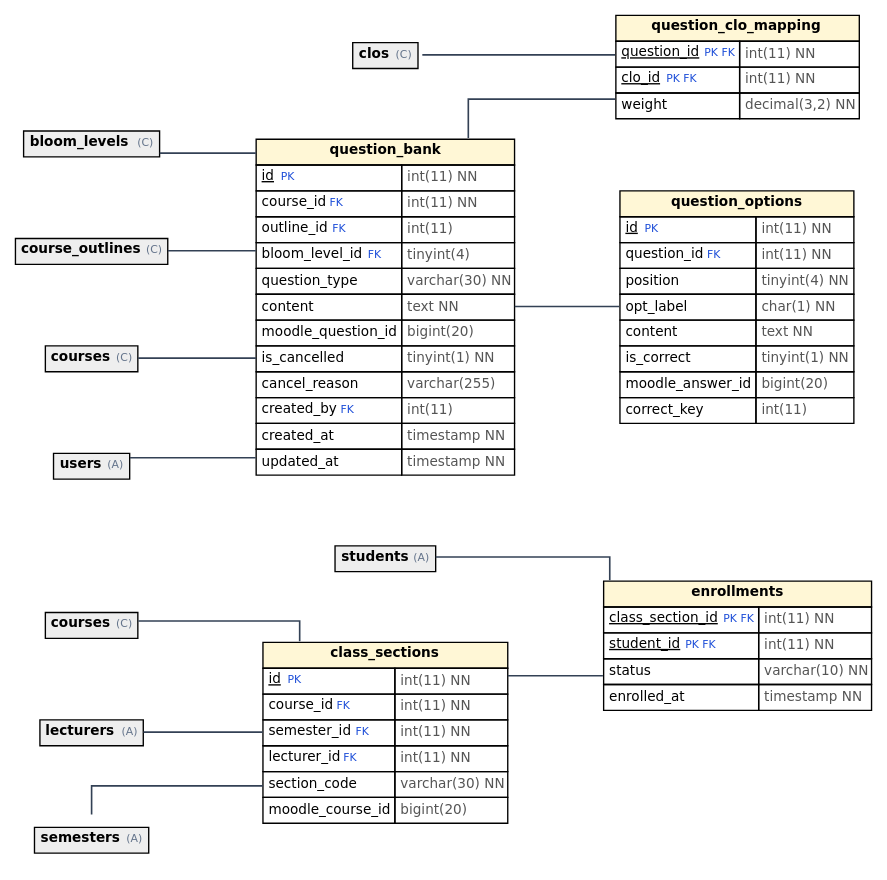
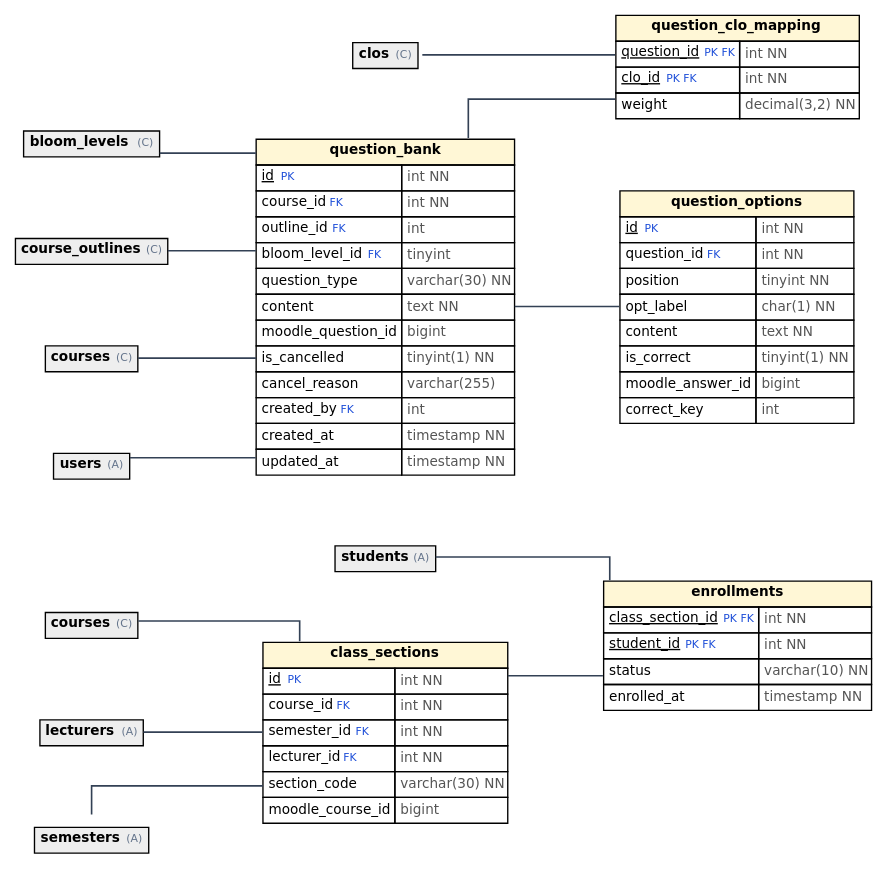
The diagram in docs/diagrams/erd_E.dot (NguyenTanYen/TLCN), drawn with Graphviz before and after one commit. The commit also changed 100 other files, not shown here.

```diff
--- a/docs/diagrams/erd_E.dot
+++ b/docs/diagrams/erd_E.dot
@@ -1,10 +1,10 @@
 digraph G { rankdir=LR; graph [fontname="DejaVu Sans", splines=ortho, nodesep=0.6, ranksep=0.9 ];
 node [shape=none, margin=0, fontname="DejaVu Sans", fontsize=10]; edge [color="#334155", penwidth=1.2, dir=none];
-"class_sections" [label=<<table border="0" cellborder="1" cellspacing="0" cellpadding="3"><tr><td bgcolor="#FFF7D6" colspan="2"><b>class_sections</b></td></tr><tr><td align="left" port="id"><u>id</u> <font color="#1d4ed8" point-size="8">PK</font></td><td align="left"><font color="#555555">int(11) NN</font></td></tr><tr><td align="left" port="course_id">course_id <font color="#1d4ed8" point-size="8">FK</font></td><td align="left"><font color="#555555">int(11) NN</font></td></tr><tr><td align="left" port="semester_id">semester_id <font color="#1d4ed8" point-size="8">FK</font></td><td align="left"><font color="#555555">int(11) NN</font></td></tr><tr><td align="left" port="lecturer_id">lecturer_id <font color="#1d4ed8" point-size="8">FK</font></td><td align="left"><font color="#555555">int(11) NN</font></td></tr><tr><td align="left" port="section_code">section_code</td><td align="left"><font color="#555555">varchar(30) NN</font></td></tr><tr><td align="left" port="moodle_course_id">moodle_course_id</td><td align="left"><font color="#555555">bigint(20)</font></td></tr></table>>];
-"enrollments" [label=<<table border="0" cellborder="1" cellspacing="0" cellpadding="3"><tr><td bgcolor="#FFF7D6" colspan="2"><b>enrollments</b></td></tr><tr><td align="left" port="class_section_id"><u>class_section_id</u> <font color="#1d4ed8" point-size="8">PK FK</font></td><td align="left"><font color="#555555">int(11) NN</font></td></tr><tr><td align="left" port="student_id"><u>student_id</u> <font color="#1d4ed8" point-size="8">PK FK</font></td><td align="left"><font color="#555555">int(11) NN</font></td></tr><tr><td align="left" port="status">status</td><td align="left"><font color="#555555">varchar(10) NN</font></td></tr><tr><td align="left" port="enrolled_at">enrolled_at</td><td align="left"><font color="#555555">timestamp NN</font></td></tr></table>>];
-"question_bank" [label=<<table border="0" cellborder="1" cellspacing="0" cellpadding="3"><tr><td bgcolor="#FFF7D6" colspan="2"><b>question_bank</b></td></tr><tr><td align="left" port="id"><u>id</u> <font color="#1d4ed8" point-size="8">PK</font></td><td align="left"><font color="#555555">int(11) NN</font></td></tr><tr><td align="left" port="course_id">course_id <font color="#1d4ed8" point-size="8">FK</font></td><td align="left"><font color="#555555">int(11) NN</font></td></tr><tr><td align="left" port="outline_id">outline_id <font color="#1d4ed8" point-size="8">FK</font></td><td align="left"><font color="#555555">int(11)</font></td></tr><tr><td align="left" port="bloom_level_id">bloom_level_id <font color="#1d4ed8" point-size="8">FK</font></td><td align="left"><font color="#555555">tinyint(4)</font></td></tr><tr><td align="left" port="question_type">question_type</td><td align="left"><font color="#555555">varchar(30) NN</font></td></tr><tr><td align="left" port="content">content</td><td align="left"><font color="#555555">text NN</font></td></tr><tr><td align="left" port="moodle_question_id">moodle_question_id</td><td align="left"><font color="#555555">bigint(20)</font></td></tr><tr><td align="left" port="is_cancelled">is_cancelled</td><td align="left"><font color="#555555">tinyint(1) NN</font></td></tr><tr><td align="left" port="cancel_reason">cancel_reason</td><td align="left"><font color="#555555">varchar(255)</font></td></tr><tr><td align="left" port="created_by">created_by <font color="#1d4ed8" point-size="8">FK</font></td><td align="left"><font color="#555555">int(11)</font></td></tr><tr><td align="left" port="created_at">created_at</td><td align="left"><font color="#555555">timestamp NN</font></td></tr><tr><td align="left" port="updated_at">updated_at</td><td align="left"><font color="#555555">timestamp NN</font></td></tr></table>>];
-"question_options" [label=<<table border="0" cellborder="1" cellspacing="0" cellpadding="3"><tr><td bgcolor="#FFF7D6" colspan="2"><b>question_options</b></td></tr><tr><td align="left" port="id"><u>id</u> <font color="#1d4ed8" point-size="8">PK</font></td><td align="left"><font color="#555555">int(11) NN</font></td></tr><tr><td align="left" port="question_id">question_id <font color="#1d4ed8" point-size="8">FK</font></td><td align="left"><font color="#555555">int(11) NN</font></td></tr><tr><td align="left" port="position">position</td><td align="left"><font color="#555555">tinyint(4) NN</font></td></tr><tr><td align="left" port="opt_label">opt_label</td><td align="left"><font color="#555555">char(1) NN</font></td></tr><tr><td align="left" port="content">content</td><td align="left"><font color="#555555">text NN</font></td></tr><tr><td align="left" port="is_correct">is_correct</td><td align="left"><font color="#555555">tinyint(1) NN</font></td></tr><tr><td align="left" port="moodle_answer_id">moodle_answer_id</td><td align="left"><font color="#555555">bigint(20)</font></td></tr><tr><td align="left" port="correct_key">correct_key</td><td align="left"><font color="#555555">int(11)</font></td></tr></table>>];
-"question_clo_mapping" [label=<<table border="0" cellborder="1" cellspacing="0" cellpadding="3"><tr><td bgcolor="#FFF7D6" colspan="2"><b>question_clo_mapping</b></td></tr><tr><td align="left" port="question_id"><u>question_id</u> <font color="#1d4ed8" point-size="8">PK FK</font></td><td align="left"><font color="#555555">int(11) NN</font></td></tr><tr><td align="left" port="clo_id"><u>clo_id</u> <font color="#1d4ed8" point-size="8">PK FK</font></td><td align="left"><font color="#555555">int(11) NN</font></td></tr><tr><td align="left" port="weight">weight</td><td align="left"><font color="#555555">decimal(3,2) NN</font></td></tr></table>>];
+"class_sections" [label=<<table border="0" cellborder="1" cellspacing="0" cellpadding="3"><tr><td bgcolor="#FFF7D6" colspan="2"><b>class_sections</b></td></tr><tr><td align="left" port="id"><u>id</u> <font color="#1d4ed8" point-size="8">PK</font></td><td align="left"><font color="#555555">int NN</font></td></tr><tr><td align="left" port="course_id">course_id <font color="#1d4ed8" point-size="8">FK</font></td><td align="left"><font color="#555555">int NN</font></td></tr><tr><td align="left" port="semester_id">semester_id <font color="#1d4ed8" point-size="8">FK</font></td><td align="left"><font color="#555555">int NN</font></td></tr><tr><td align="left" port="lecturer_id">lecturer_id <font color="#1d4ed8" point-size="8">FK</font></td><td align="left"><font color="#555555">int NN</font></td></tr><tr><td align="left" port="section_code">section_code</td><td align="left"><font color="#555555">varchar(30) NN</font></td></tr><tr><td align="left" port="moodle_course_id">moodle_course_id</td><td align="left"><font color="#555555">bigint</font></td></tr></table>>];
+"enrollments" [label=<<table border="0" cellborder="1" cellspacing="0" cellpadding="3"><tr><td bgcolor="#FFF7D6" colspan="2"><b>enrollments</b></td></tr><tr><td align="left" port="class_section_id"><u>class_section_id</u> <font color="#1d4ed8" point-size="8">PK FK</font></td><td align="left"><font color="#555555">int NN</font></td></tr><tr><td align="left" port="student_id"><u>student_id</u> <font color="#1d4ed8" point-size="8">PK FK</font></td><td align="left"><font color="#555555">int NN</font></td></tr><tr><td align="left" port="status">status</td><td align="left"><font color="#555555">varchar(10) NN</font></td></tr><tr><td align="left" port="enrolled_at">enrolled_at</td><td align="left"><font color="#555555">timestamp NN</font></td></tr></table>>];
+"question_bank" [label=<<table border="0" cellborder="1" cellspacing="0" cellpadding="3"><tr><td bgcolor="#FFF7D6" colspan="2"><b>question_bank</b></td></tr><tr><td align="left" port="id"><u>id</u> <font color="#1d4ed8" point-size="8">PK</font></td><td align="left"><font color="#555555">int NN</font></td></tr><tr><td align="left" port="course_id">course_id <font color="#1d4ed8" point-size="8">FK</font></td><td align="left"><font color="#555555">int NN</font></td></tr><tr><td align="left" port="outline_id">outline_id <font color="#1d4ed8" point-size="8">FK</font></td><td align="left"><font color="#555555">int</font></td></tr><tr><td align="left" port="bloom_level_id">bloom_level_id <font color="#1d4ed8" point-size="8">FK</font></td><td align="left"><font color="#555555">tinyint</font></td></tr><tr><td align="left" port="question_type">question_type</td><td align="left"><font color="#555555">varchar(30) NN</font></td></tr><tr><td align="left" port="content">content</td><td align="left"><font color="#555555">text NN</font></td></tr><tr><td align="left" port="moodle_question_id">moodle_question_id</td><td align="left"><font color="#555555">bigint</font></td></tr><tr><td align="left" port="is_cancelled">is_cancelled</td><td align="left"><font color="#555555">tinyint(1) NN</font></td></tr><tr><td align="left" port="cancel_reason">cancel_reason</td><td align="left"><font color="#555555">varchar(255)</font></td></tr><tr><td align="left" port="created_by">created_by <font color="#1d4ed8" point-size="8">FK</font></td><td align="left"><font color="#555555">int</font></td></tr><tr><td align="left" port="created_at">created_at</td><td align="left"><font color="#555555">timestamp NN</font></td></tr><tr><td align="left" port="updated_at">updated_at</td><td align="left"><font color="#555555">timestamp NN</font></td></tr></table>>];
+"question_options" [label=<<table border="0" cellborder="1" cellspacing="0" cellpadding="3"><tr><td bgcolor="#FFF7D6" colspan="2"><b>question_options</b></td></tr><tr><td align="left" port="id"><u>id</u> <font color="#1d4ed8" point-size="8">PK</font></td><td align="left"><font color="#555555">int NN</font></td></tr><tr><td align="left" port="question_id">question_id <font color="#1d4ed8" point-size="8">FK</font></td><td align="left"><font color="#555555">int NN</font></td></tr><tr><td align="left" port="position">position</td><td align="left"><font color="#555555">tinyint NN</font></td></tr><tr><td align="left" port="opt_label">opt_label</td><td align="left"><font color="#555555">char(1) NN</font></td></tr><tr><td align="left" port="content">content</td><td align="left"><font color="#555555">text NN</font></td></tr><tr><td align="left" port="is_correct">is_correct</td><td align="left"><font color="#555555">tinyint(1) NN</font></td></tr><tr><td align="left" port="moodle_answer_id">moodle_answer_id</td><td align="left"><font color="#555555">bigint</font></td></tr><tr><td align="left" port="correct_key">correct_key</td><td align="left"><font color="#555555">int</font></td></tr></table>>];
+"question_clo_mapping" [label=<<table border="0" cellborder="1" cellspacing="0" cellpadding="3"><tr><td bgcolor="#FFF7D6" colspan="2"><b>question_clo_mapping</b></td></tr><tr><td align="left" port="question_id"><u>question_id</u> <font color="#1d4ed8" point-size="8">PK FK</font></td><td align="left"><font color="#555555">int NN</font></td></tr><tr><td align="left" port="clo_id"><u>clo_id</u> <font color="#1d4ed8" point-size="8">PK FK</font></td><td align="left"><font color="#555555">int NN</font></td></tr><tr><td align="left" port="weight">weight</td><td align="left"><font color="#555555">decimal(3,2) NN</font></td></tr></table>>];
 "bloom_levels@question_bank" [label=<<table border="0" cellborder="1" cellspacing="0" cellpadding="3"><tr><td bgcolor="#EEEEEE" colspan="2"><b>bloom_levels</b> <font point-size="8" color="#64748b">(C)</font></td></tr></table>>];
 "clos@question_clo_mapping" [label=<<table border="0" cellborder="1" cellspacing="0" cellpadding="3"><tr><td bgcolor="#EEEEEE" colspan="2"><b>clos</b> <font point-size="8" color="#64748b">(C)</font></td></tr></table>>];
 "course_outlines@question_bank" [label=<<table border="0" cellborder="1" cellspacing="0" cellpadding="3"><tr><td bgcolor="#EEEEEE" colspan="2"><b>course_outlines</b> <font point-size="8" color="#64748b">(C)</font></td></tr></table>>];
@@ -14,16 +14,16 @@
 "semesters@class_sections" [label=<<table border="0" cellborder="1" cellspacing="0" cellpadding="3"><tr><td bgcolor="#EEEEEE" colspan="2"><b>semesters</b> <font point-size="8" color="#64748b">(A)</font></td></tr></table>>];
 "students@enrollments" [label=<<table border="0" cellborder="1" cellspacing="0" cellpadding="3"><tr><td bgcolor="#EEEEEE" colspan="2"><b>students</b> <font point-size="8" color="#64748b">(A)</font></td></tr></table>>];
 "users@question_bank" [label=<<table border="0" cellborder="1" cellspacing="0" cellpadding="3"><tr><td bgcolor="#EEEEEE" colspan="2"><b>users</b> <font point-size="8" color="#64748b">(A)</font></td></tr></table>>];
-"question_bank" -> "question_options" [id="fk__question_bank__question_options__question_id"];
-"class_sections" -> "enrollments" [id="fk__class_sections__enrollments__class_section_id"];
-"students@enrollments" -> "enrollments" [id="fk__students@enrollments__enrollments__student_id"];
-"clos@question_clo_mapping" -> "question_clo_mapping" [id="fk__clos@question_clo_mapping__question_clo_mapping__clo_id"];
-"question_bank" -> "question_clo_mapping" [id="fk__question_bank__question_clo_mapping__question_id"];
 "courses@class_sections" -> "class_sections" [id="fk__courses@class_sections__class_sections__course_id"];
 "lecturers@class_sections" -> "class_sections" [id="fk__lecturers@class_sections__class_sections__lecturer_id"];
 "semesters@class_sections" -> "class_sections" [id="fk__semesters@class_sections__class_sections__semester_id"];
+"class_sections" -> "enrollments" [id="fk__class_sections__enrollments__class_section_id"];
+"students@enrollments" -> "enrollments" [id="fk__students@enrollments__enrollments__student_id"];
 "bloom_levels@question_bank" -> "question_bank" [id="fk__bloom_levels@question_bank__question_bank__bloom_level_id"];
 "courses@question_bank" -> "question_bank" [id="fk__courses@question_bank__question_bank__course_id"];
 "users@question_bank" -> "question_bank" [id="fk__users@question_bank__question_bank__created_by"];
 "course_outlines@question_bank" -> "question_bank" [id="fk__course_outlines@question_bank__question_bank__outline_id"];
+"clos@question_clo_mapping" -> "question_clo_mapping" [id="fk__clos@question_clo_mapping__question_clo_mapping__clo_id"];
+"question_bank" -> "question_clo_mapping" [id="fk__question_bank__question_clo_mapping__question_id"];
+"question_bank" -> "question_options" [id="fk__question_bank__question_options__question_id"];
 }
```
